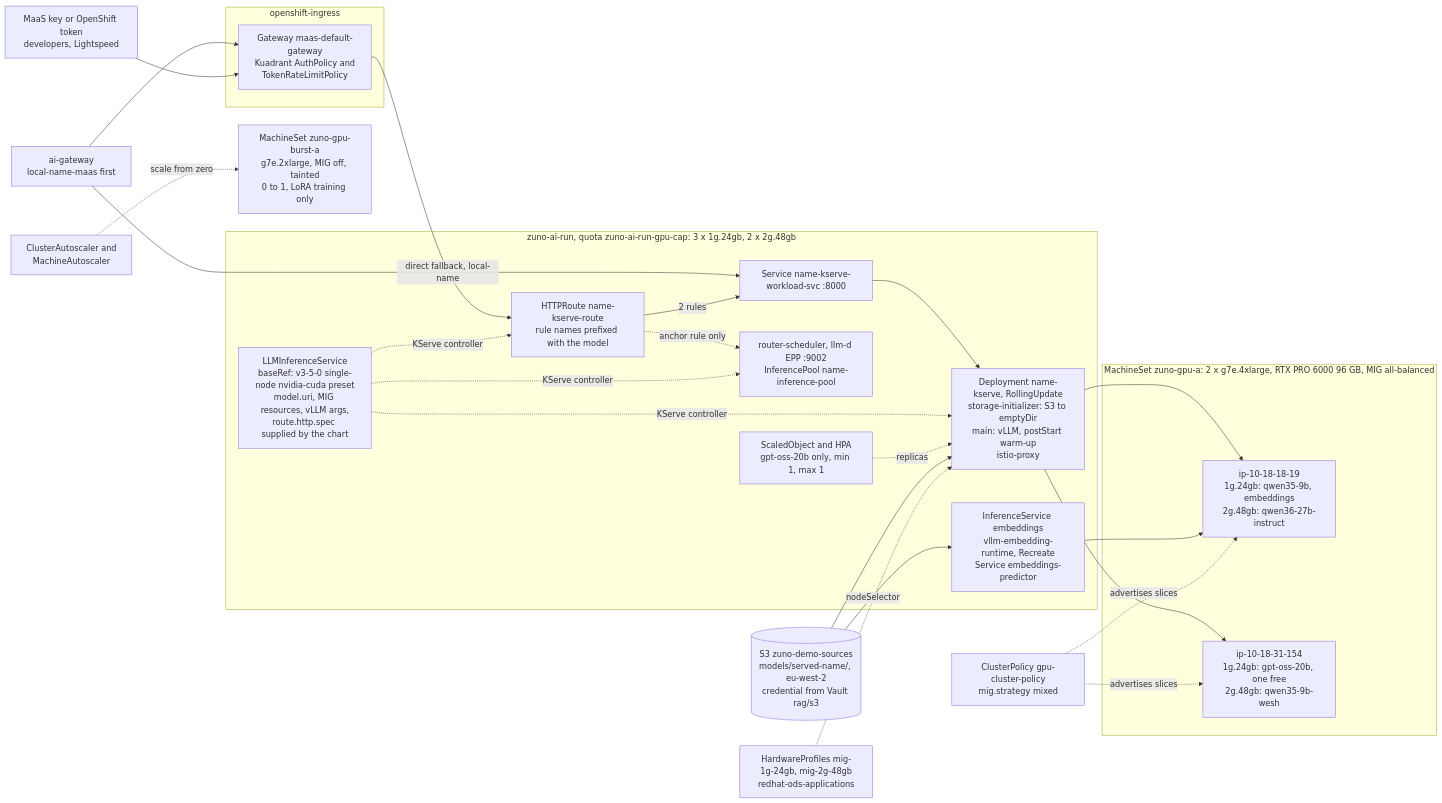
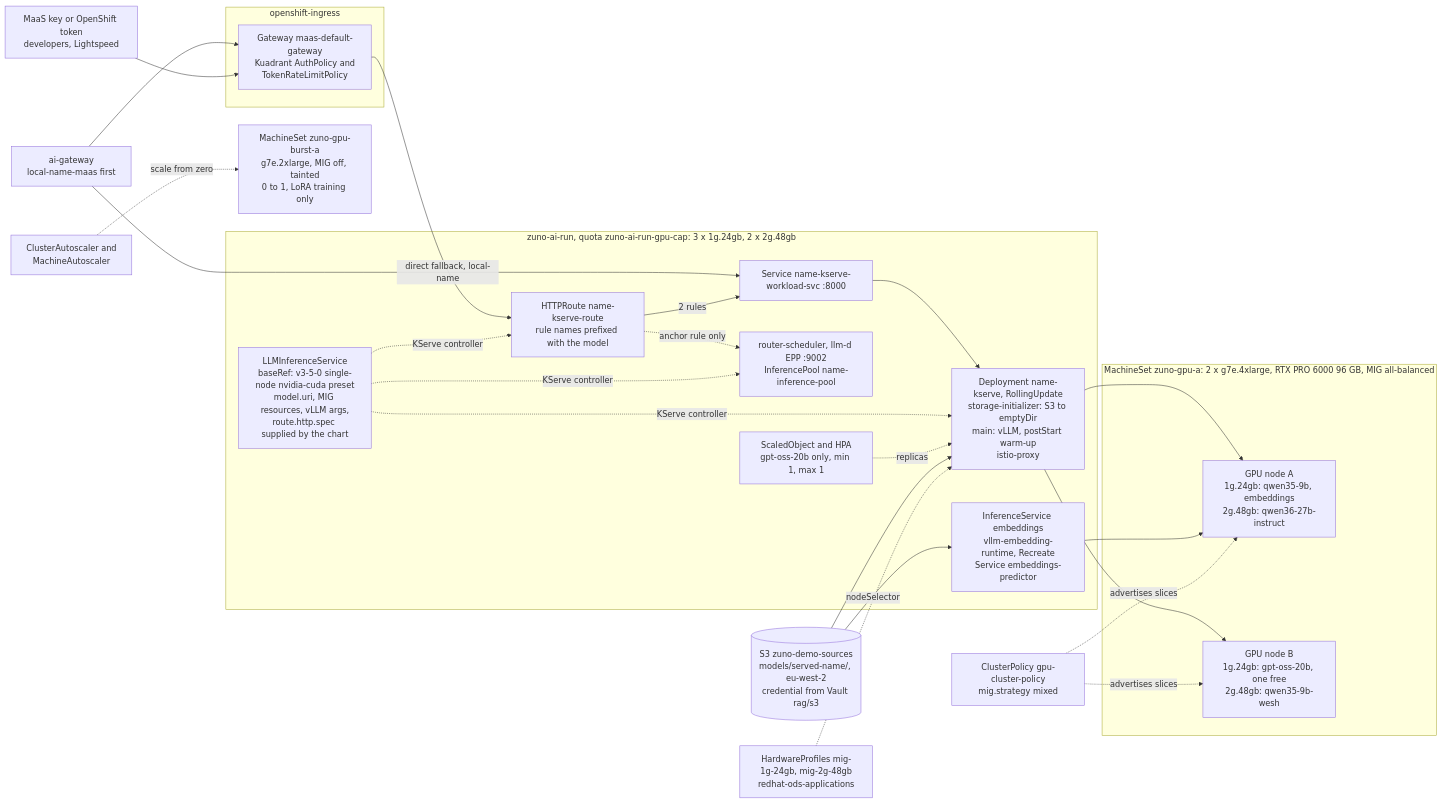
Before and after one commit to startxfr/zuno-demo: the second of 2 diagrams in docs/demo/scenarios/rhoai/model-serving-llmd-mig.md, drawn with Mermaid. The commit also changed 5 other files, not shown here.

````diff
--- a/docs/demo/scenarios/rhoai/model-serving-llmd-mig.md
+++ b/docs/demo/scenarios/rhoai/model-serving-llmd-mig.md
@@ -247,33 +247,33 @@
 ```mermaid
 flowchart LR
   AIGW["ai-gateway<br/>local-name-maas first"] --> GW
   KEY["MaaS key or OpenShift token<br/>developers, Lightspeed"] --> GW
   AIGW -->|"direct fallback, local-name"| SVC
   subgraph ING["openshift-ingress"]
     GW["Gateway maas-default-gateway<br/>Kuadrant AuthPolicy and<br/>TokenRateLimitPolicy"]
   end
   subgraph RUN["zuno-ai-run, quota zuno-ai-run-gpu-cap: 3 x 1g.24gb, 2 x 2g.48gb"]
     LLMISVC["LLMInferenceService<br/>baseRef: v3-5-0 single-node nvidia-cuda preset<br/>model.uri, MIG resources, vLLM args,<br/>route.http.spec supplied by the chart"]
     ROUTE["HTTPRoute name-kserve-route<br/>rule names prefixed with the model"]
     SVC["Service name-kserve-workload-svc :8000"]
     POD["Deployment name-kserve, RollingUpdate<br/>storage-initializer: S3 to emptyDir<br/>main: vLLM, postStart warm-up<br/>istio-proxy"]
     EPP["router-scheduler, llm-d EPP :9002<br/>InferencePool name-inference-pool"]
     SO["ScaledObject and HPA<br/>gpt-oss-20b only, min 1, max 1"]
     EMB["InferenceService embeddings<br/>vllm-embedding-runtime, Recreate<br/>Service embeddings-predictor"]
   end
   GW --> ROUTE -->|"2 rules"| SVC --> POD
   ROUTE -. anchor rule only .-> EPP
   LLMISVC -. KServe controller .-> ROUTE & POD & EPP
   SO -. replicas .-> POD
   S3[("S3 zuno-demo-sources<br/>models/served-name/, eu-west-2<br/>credential from Vault rag/s3")] --> POD & EMB
   HWP["HardwareProfiles mig-1g-24gb, mig-2g-48gb<br/>redhat-ods-applications"] -. nodeSelector .-> POD
   subgraph GPU["MachineSet zuno-gpu-a: 2 x g7e.4xlarge, RTX PRO 6000 96 GB, MIG all-balanced"]
-    NA["ip-10-18-18-19<br/>1g.24gb: qwen35-9b, embeddings<br/>2g.48gb: qwen36-27b-instruct"]
-    NB["ip-10-18-31-154<br/>1g.24gb: gpt-oss-20b, one free<br/>2g.48gb: qwen35-9b-wesh"]
+    NA["GPU node A<br/>1g.24gb: qwen35-9b, embeddings<br/>2g.48gb: qwen36-27b-instruct"]
+    NB["GPU node B<br/>1g.24gb: gpt-oss-20b, one free<br/>2g.48gb: qwen35-9b-wesh"]
   end
   POD --> NA & NB
   EMB --> NA
   CP["ClusterPolicy gpu-cluster-policy<br/>mig.strategy mixed"] -. advertises slices .-> NA & NB
   BURST["MachineSet zuno-gpu-burst-a<br/>g7e.2xlarge, MIG off, tainted<br/>0 to 1, LoRA training only"]
   CAS["ClusterAutoscaler and<br/>MachineAutoscaler"] -. scale from zero .-> BURST
 ```
````
